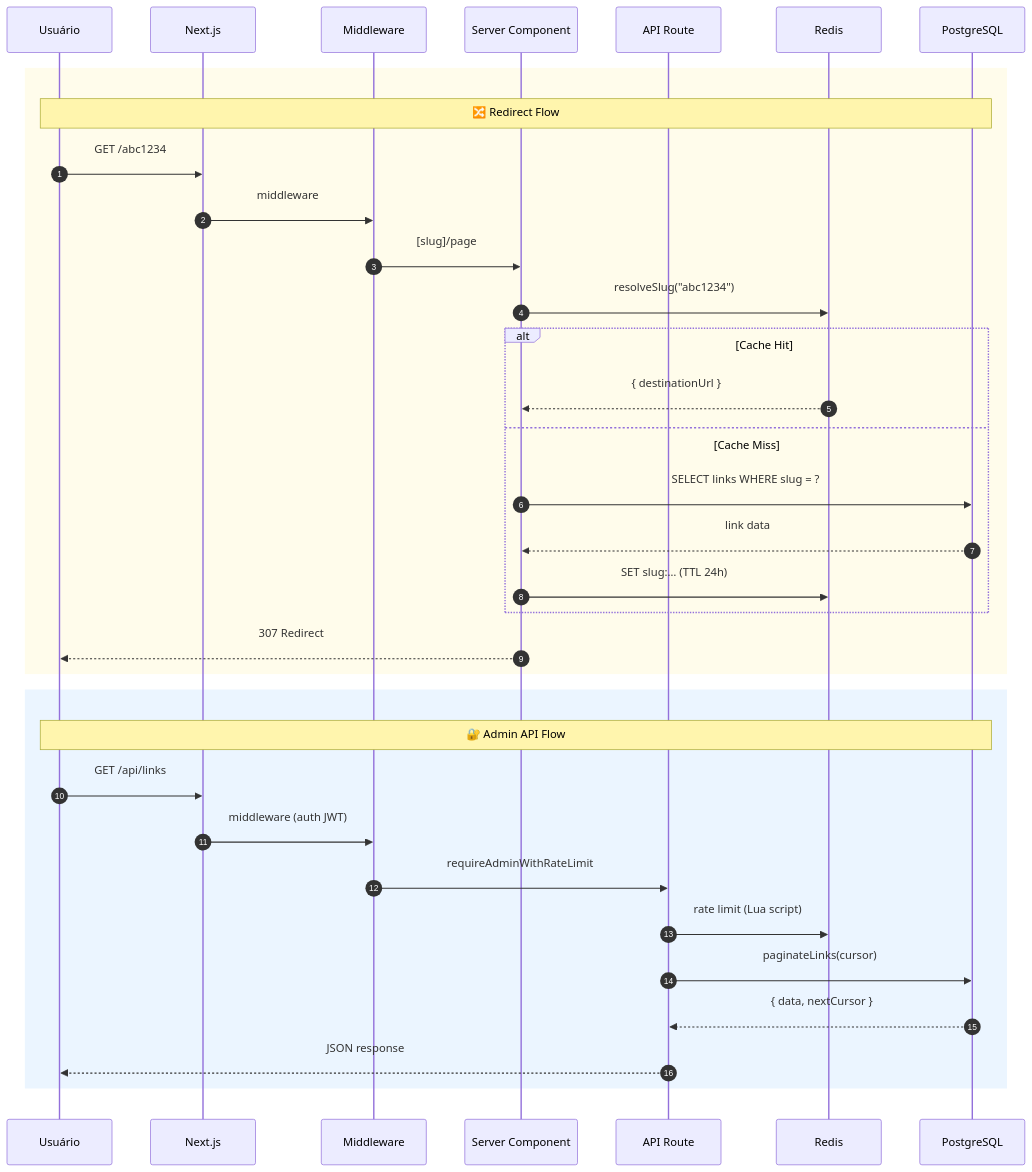
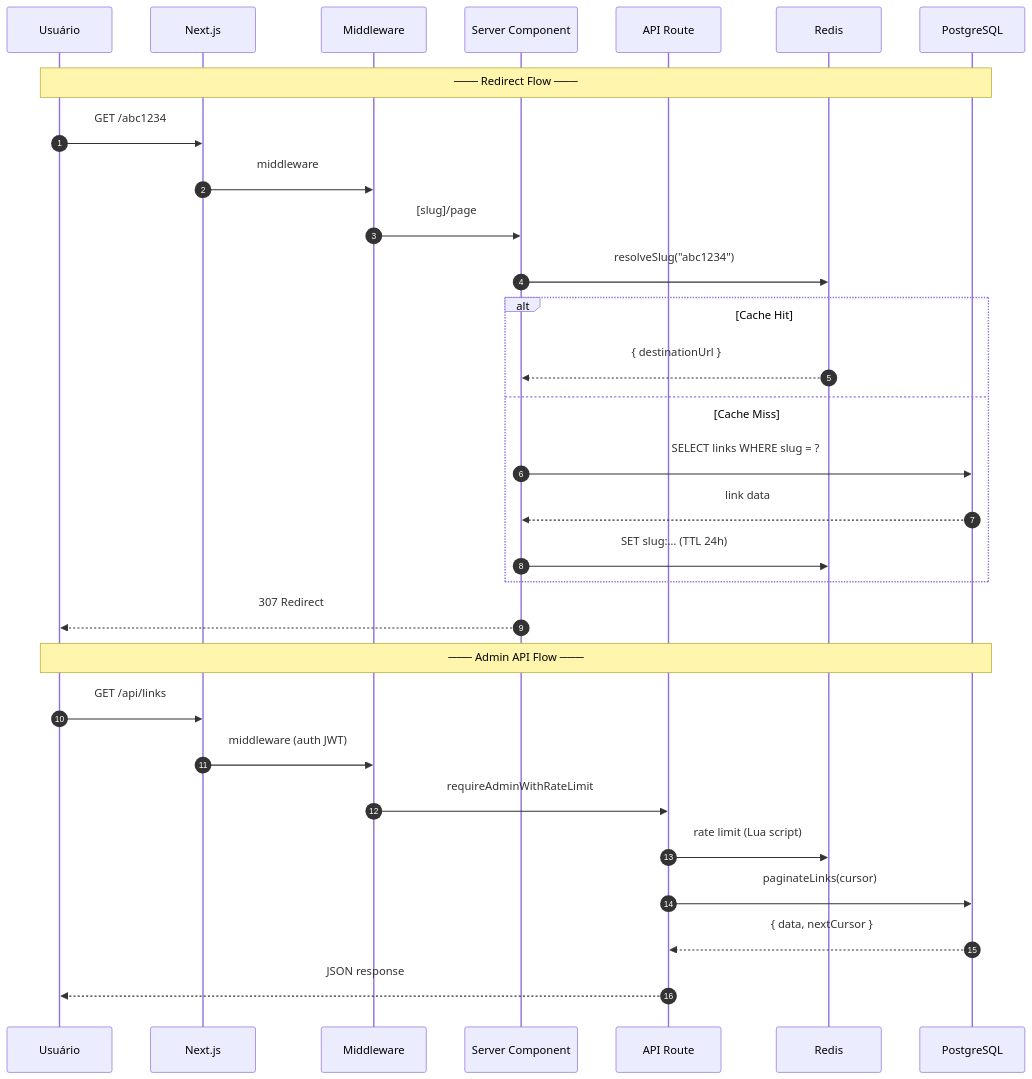
The second of 2 diagrams in docs/arquitetura.md (eduardoaugustolb/encurtador-url), drawn with Mermaid before and after one commit. The commit also changed 1 other file, not shown here.

Commit message:
docs: remove rect backgrounds, keep notes as section dividers

````diff
--- a/docs/arquitetura.md
+++ b/docs/arquitetura.md
@@ -72,42 +72,38 @@
 ```mermaid
 %%{init: {'sequence': {'actorMargin': 55, 'boxMargin': 22}}}%%
 sequenceDiagram
     autonumber
     participant U as Usuário
     participant N as Next.js
     participant MW as Middleware
     participant SC as Server Component
     participant API as API Route
     participant R as Redis
     participant P as PostgreSQL
 
-    rect rgb(255, 252, 235)
-        Note over U,P: 🔀 Redirect Flow
-        U->>N: GET /abc1234
-        N->>MW: middleware
-        MW->>SC: [slug]/page
+    Note over U,P: ─── Redirect Flow ───
+    U->>N: GET /abc1234
+    N->>MW: middleware
+    MW->>SC: [slug]/page
 
-        SC->>R: resolveSlug("abc1234")
-        alt Cache Hit
-            R-->>SC: { destinationUrl }
-        else Cache Miss
-            SC->>P: SELECT links WHERE slug = ?
-            P-->>SC: link data
-            SC->>R: SET slug:… (TTL 24h)
-        end
-
-        SC-->>U: 307 Redirect
+    SC->>R: resolveSlug("abc1234")
+    alt Cache Hit
+        R-->>SC: { destinationUrl }
+    else Cache Miss
+        SC->>P: SELECT links WHERE slug = ?
+        P-->>SC: link data
+        SC->>R: SET slug:… (TTL 24h)
     end
 
-    rect rgb(235, 245, 255)
-        Note over U,P: 🔐 Admin API Flow
-        U->>N: GET /api/links
-        N->>MW: middleware (auth JWT)
-        MW->>API: requireAdminWithRateLimit
+    SC-->>U: 307 Redirect
 
-        API->>R: rate limit (Lua script)
-        API->>P: paginateLinks(cursor)
-        P-->>API: { data, nextCursor }
-        API-->>U: JSON response
-    end
+    Note over U,P: ─── Admin API Flow ───
+    U->>N: GET /api/links
+    N->>MW: middleware (auth JWT)
+    MW->>API: requireAdminWithRateLimit
+
+    API->>R: rate limit (Lua script)
+    API->>P: paginateLinks(cursor)
+    P-->>API: { data, nextCursor }
+    API-->>U: JSON response
 ```
````
